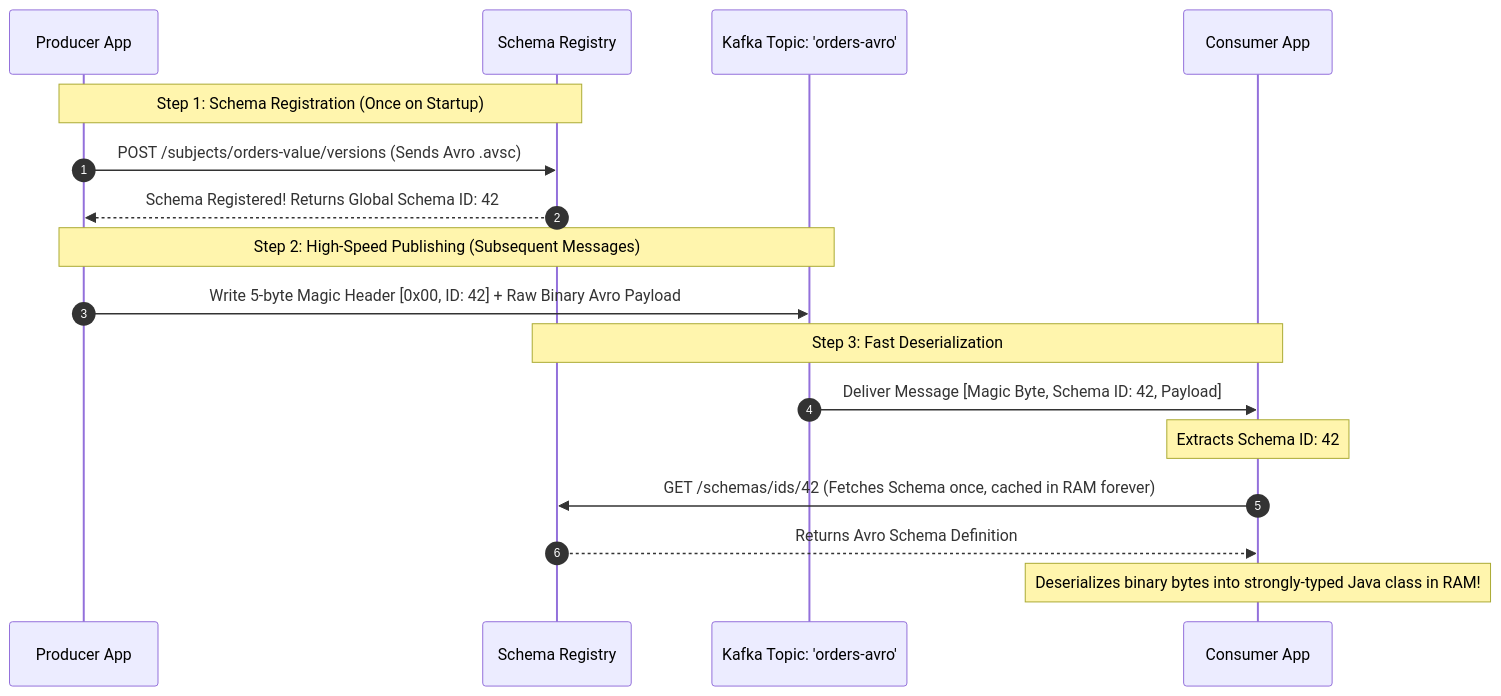
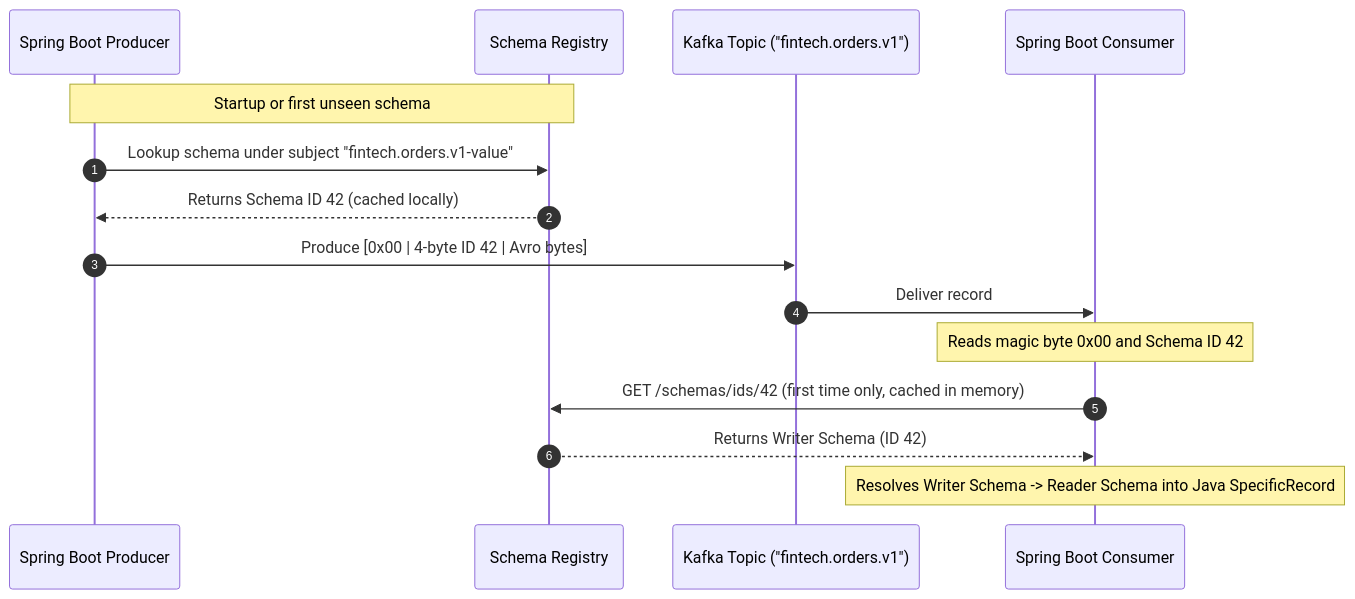
The second of 4 diagrams in content/roadmap/level-10/schema-registry-and-apache-avro.md (ravishankar2463/java_hub), drawn with Mermaid before and after one commit. The commit also changed other lines of this file and 119 other files, not shown here.

Commit message:
feat: add comprehensive java learning roadmap content across multiple levels

````diff
--- a/content/roadmap/level-10/schema-registry-and-apache-avro.md
+++ b/content/roadmap/level-10/schema-registry-and-apache-avro.md
@@ -62,22 +71,20 @@
 ```mermaid
 sequenceDiagram
     autonumber
-    participant Prod as Producer App
+    participant Prod as Spring Boot Producer
     participant SR as Schema Registry
-    participant Kafka as Kafka Topic: 'orders-avro'
-    participant Cons as Consumer App
+    participant Kafka as Kafka Topic ("fintech.orders.v1")
+    participant Cons as Spring Boot Consumer
 
-    Note over Prod,SR: Step 1: Schema Registration (Once on Startup)
-    Prod->>SR: POST /subjects/orders-value/versions (Sends Avro .avsc)
-    SR-->>Prod: Schema Registered! Returns Global Schema ID: 42
+    Note over Prod,SR: Startup or first unseen schema
+    Prod->>SR: Lookup schema under subject "fintech.orders.v1-value"
+    SR-->>Prod: Returns Schema ID 42 (cached locally)
 
-    Note over Prod,Kafka: Step 2: High-Speed Publishing (Subsequent Messages)
-    Prod->>Kafka: Write 5-byte Magic Header [0x00, ID: 42] + Raw Binary Avro Payload
-    
-    Note over Cons,SR: Step 3: Fast Deserialization
-    Kafka->>Cons: Deliver Message [Magic Byte, Schema ID: 42, Payload]
-    Note over Cons: Extracts Schema ID: 42
-    Cons->>SR: GET /schemas/ids/42 (Fetches Schema once, cached in RAM forever)
-    SR-->>Cons: Returns Avro Schema Definition
-    Note over Cons: Deserializes binary bytes into strongly-typed Java class in RAM!
+    Prod->>Kafka: Produce [0x00 | 4-byte ID 42 | Avro bytes]
+
+    Kafka->>Cons: Deliver record
+    Note over Cons: Reads magic byte 0x00 and Schema ID 42
+    Cons->>SR: GET /schemas/ids/42 (first time only, cached in memory)
+    SR-->>Cons: Returns Writer Schema (ID 42)
+    Note over Cons: Resolves Writer Schema -> Reader Schema into Java SpecificRecord
 ```
````
